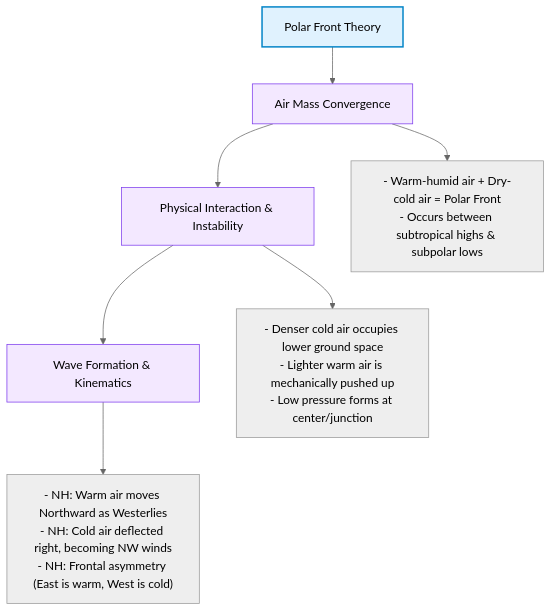
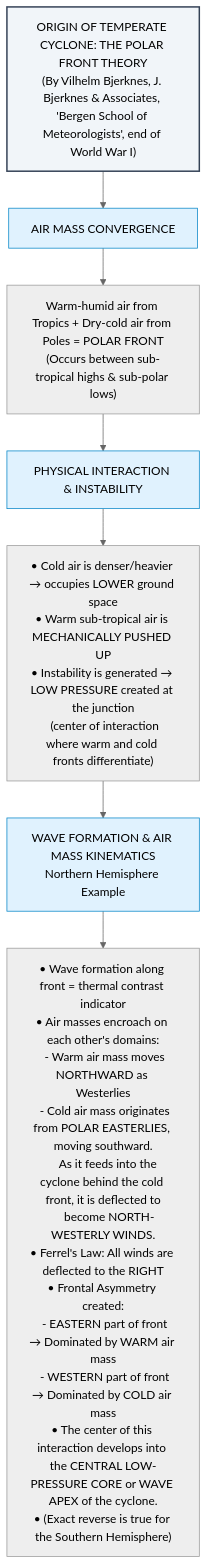
The fourth of 6 diagrams in content/climatology/Temperate Cyclone.md (ayushhacksethically-code/TERRALUXwiki), drawn with Mermaid (neutral theme) before and after one commit. The commit also changed other lines of this file, not shown here.

Commit message:
Make Temperate Cyclone Mermaid flowcharts completely match ASCII content word-for-word

```diff
--- a/content/climatology/Temperate Cyclone.md
+++ b/content/climatology/Temperate Cyclone.md
@@ -75,15 +85,17 @@
     <div class="mermaid">
     flowchart TD
-        A[Polar Front Theory] --> B[Air Mass Convergence]
-        B --> C[Physical Interaction & Instability]
-        C --> D[Wave Formation & Kinematics]
+        Title["ORIGIN OF TEMPERATE CYCLONE: THE POLAR FRONT THEORY<br>(By Vilhelm Bjerknes, J. Bjerknes & Associates, 'Bergen School of Meteorologists', end of World War I)"]
+        Title --> AMC[AIR MASS CONVERGENCE]
+        AMC --> AMC_Text["Warm-humid air from Tropics + Dry-cold air from Poles = POLAR FRONT<br>(Occurs between sub-tropical highs & sub-polar lows)"]
+        
+        AMC_Text --> PII[PHYSICAL INTERACTION & INSTABILITY]
+        PII --> PII_Bullets["• Cold air is denser/heavier → occupies LOWER ground space<br>• Warm sub-tropical air is MECHANICALLY PUSHED UP<br>• Instability is generated → LOW PRESSURE created at the junction<br>  (center of interaction where warm and cold fronts differentiate)"]
 
-        B --> B1["- Warm-humid air + Dry-cold air = Polar Front<br>- Occurs between subtropical highs & subpolar lows"]
-        C --> C1["- Denser cold air occupies lower ground space<br>- Lighter warm air is mechanically pushed up<br>- Low pressure forms at center/junction"]
-        D --> D1["- NH: Warm air moves Northward as Westerlies<br>- NH: Cold air deflected right, becoming NW winds<br>- NH: Frontal asymmetry (East is warm, West is cold)"]
+        PII_Bullets --> WFA[WAVE FORMATION & AIR MASS KINEMATICS<br>Northern Hemisphere Example]
+        WFA --> WFA_Bullets["• Wave formation along front = thermal contrast indicator<br>• Air masses encroach on each other's domains:<br>  - Warm air mass moves NORTHWARD as Westerlies<br>  - Cold air mass originates from POLAR EASTERLIES, moving southward.<br>    As it feeds into the cyclone behind the cold front, it is deflected to<br>    become NORTH-WESTERLY WINDS.<br>• Ferrel's Law: All winds are deflected to the RIGHT<br>• Frontal Asymmetry created:<br>  - EASTERN part of front → Dominated by WARM air mass<br>  - WESTERN part of front → Dominated by COLD air mass<br>• The center of this interaction develops into the CENTRAL LOW-PRESSURE CORE or WAVE APEX of the cyclone.<br>• (Exact reverse is true for the Southern Hemisphere)"]
 
-        style A fill:#e0f2fe,stroke:#0284c7,stroke-width:2px
-        style B fill:#f3e8ff,stroke:#7c3aed,stroke-width:1px
-        style C fill:#f3e8ff,stroke:#7c3aed,stroke-width:1px
-        style D fill:#f3e8ff,stroke:#7c3aed,stroke-width:1px
+        style Title fill:#f1f5f9,stroke:#334155,stroke-width:2px
+        style AMC fill:#e0f2fe,stroke:#0284c7,stroke-width:1px
+        style PII fill:#e0f2fe,stroke:#0284c7,stroke-width:1px
+        style WFA fill:#e0f2fe,stroke:#0284c7,stroke-width:1px
     </div>
```
